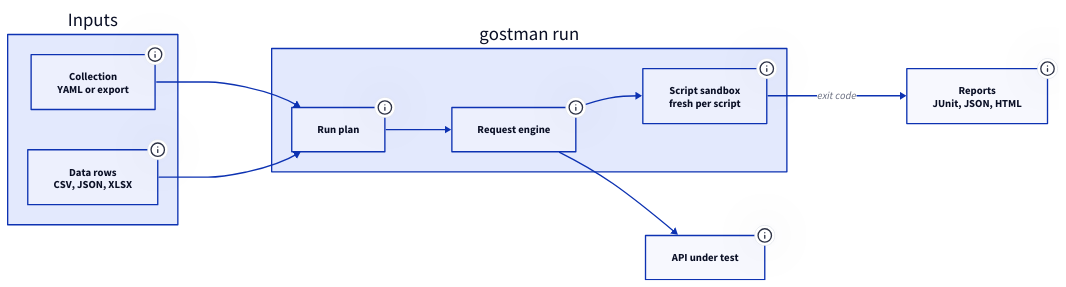
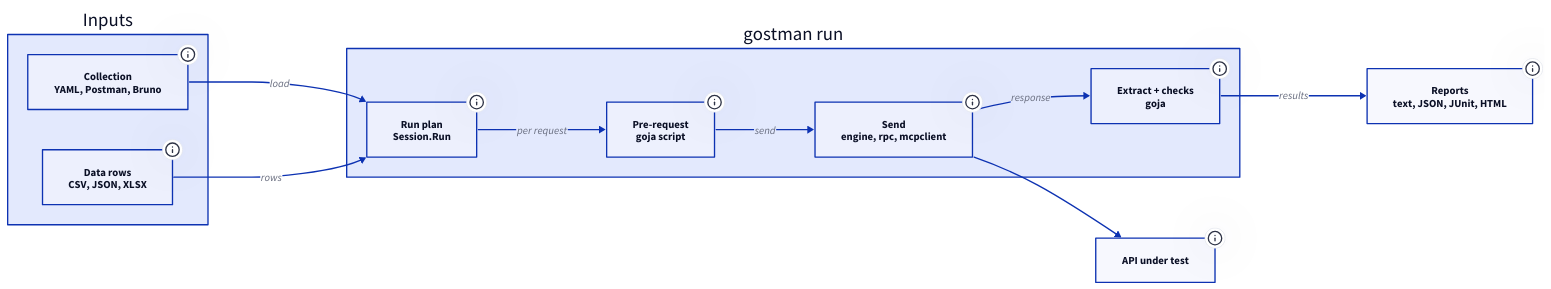
One commit to kunalgoesbyken/portfoliov1 changed the diagram in data/projects/diagrams/gostman-run.d2. Above: the diagram before and after it, drawn with D2. The commit also changed 54 other files, not shown here.

Commit message:
Describe each architecture from its codebase, add stack logos, drop redundant stats and card styling

```diff
--- a/data/projects/diagrams/gostman-run.d2
+++ b/data/projects/diagrams/gostman-run.d2
@@ -1,45 +1,51 @@
 direction: right
 
 inputs: Inputs {
   class: zone
-  folder: Collection\nYAML or export {
+  folder: Collection\nYAML, Postman, Bruno {
     class: store
-    tooltip: "A Gostman folder, a Postman or Bruno export, or an OpenAPI file, loaded by one bounded pool of readers sized at twice the CPU count."
+    tooltip: "A Gostman folder read by the workspace package, a Postman or Bruno export, or an OpenAPI file, loaded into one runner.Collection. Folders are read by a bounded pool of readers sized from the CPU count."
   }
   data: Data rows\nCSV, JSON, XLSX {
     class: store
-    tooltip: "Each row becomes one iteration with its own variables, so one collection tests many inputs. Rows with French and Japanese titles run unchanged."
+    tooltip: "runner/data.go parses the file into rows. Each row is one iteration with its own variables, so one collection tests many inputs."
   }
 }
 
 run: gostman run {
   class: zone
-  plan: Run plan {
+  plan: Run plan\nSession.Run {
     class: service
     tooltip: "Resolves folder filters, tags, --only, iterations and --parallel into an ordered list of executions before anything is sent."
   }
-  engine: Request engine {
+  pre: Pre-request\ngoja script {
     class: service
-    tooltip: "Sends the request, follows redirects, keeps cookies per run and applies extract rules so later requests can reuse values from earlier responses."
+    tooltip: "Runs pre-request scripts with the Postman pm and Bruno bru APIs inside goja, with a time limit and a 512 MB memory watchdog. Each script gets a runtime no other script has touched."
   }
-  sandbox: Script sandbox\nfresh per script {
+  engine: Send\nengine, rpc, mcpclient {
     class: service
-    tooltip: "Pre-request and test scripts run in goja, a JavaScript engine written in Go, with the Postman pm and Bruno bru APIs. Every script gets a runtime no other script has touched; up to four are booted ahead of time."
+    tooltip: "session.transmit picks engine.Send for HTTP-style requests, rpc.Invoke for gRPC or mcpclient.Invoke for MCP. Cookies are kept per run."
   }
-  plan -> engine -> sandbox
+  post: Extract + checks\ngoja {
+    class: service
+    tooltip: "Extract rules write variables for later requests. Post-response scripts and assertions then run, and checks that need no user code share one session runtime. OpenAPI contract checks run last."
+  }
+  plan -> pre: per request
+  pre -> engine: send
+  engine -> post: response
 }
 
 api: API under test {
   class: external
-  tooltip: "Any HTTP or gRPC service, local or remote."
+  tooltip: "Any HTTP, gRPC or MCP service, local or remote. WebSocket requests are skipped in a run."
 }
 
-reports: Reports\nJUnit, JSON, HTML {
+reports: Reports\ntext, JSON, JUnit, HTML {
   class: client
-  tooltip: "Pass or fail per request, per check and per data row, with timings. The exit code fails the CI job when any check fails."
+  tooltip: "The report package writes text, JSON, JUnit, HTML or Markdown, with pass or fail per request and per check. The exit code is 0 for pass, 1 for a failed check, 2 for bad usage and 3 for no response."
 }
 
-inputs.folder -> run.plan
-inputs.data -> run.plan
+inputs.folder -> run.plan: load
+inputs.data -> run.plan: rows
 run.engine -> api
-run.sandbox -> reports: exit code
+run.post -> reports: results
```
